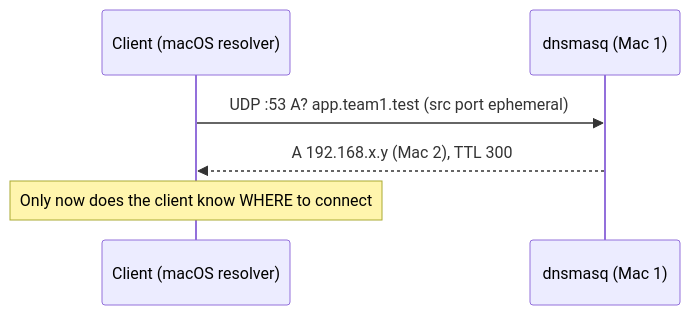
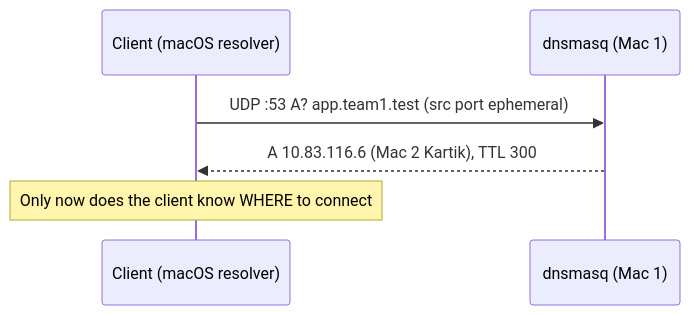
Before and after one commit to KartikMehra22/CN-Project: the second of 6 diagrams in docs/diagrams.md, drawn with Mermaid. The commit also changed 12 other files, not shown here.

````diff
--- a/docs/diagrams.md
+++ b/docs/diagrams.md
@@ -14,8 +14,8 @@
 ```mermaid
 sequenceDiagram
   participant Cl as Client (macOS resolver)
   participant D as dnsmasq (Mac 1)
   Cl->>D: UDP :53 A? app.team1.test (src port ephemeral)
-  D-->>Cl: A 192.168.x.y (Mac 2), TTL 300
+  D-->>Cl: A 10.83.116.6 (Mac 2 Kartik), TTL 300
   Note over Cl: Only now does the client know WHERE to connect
 ```
````
